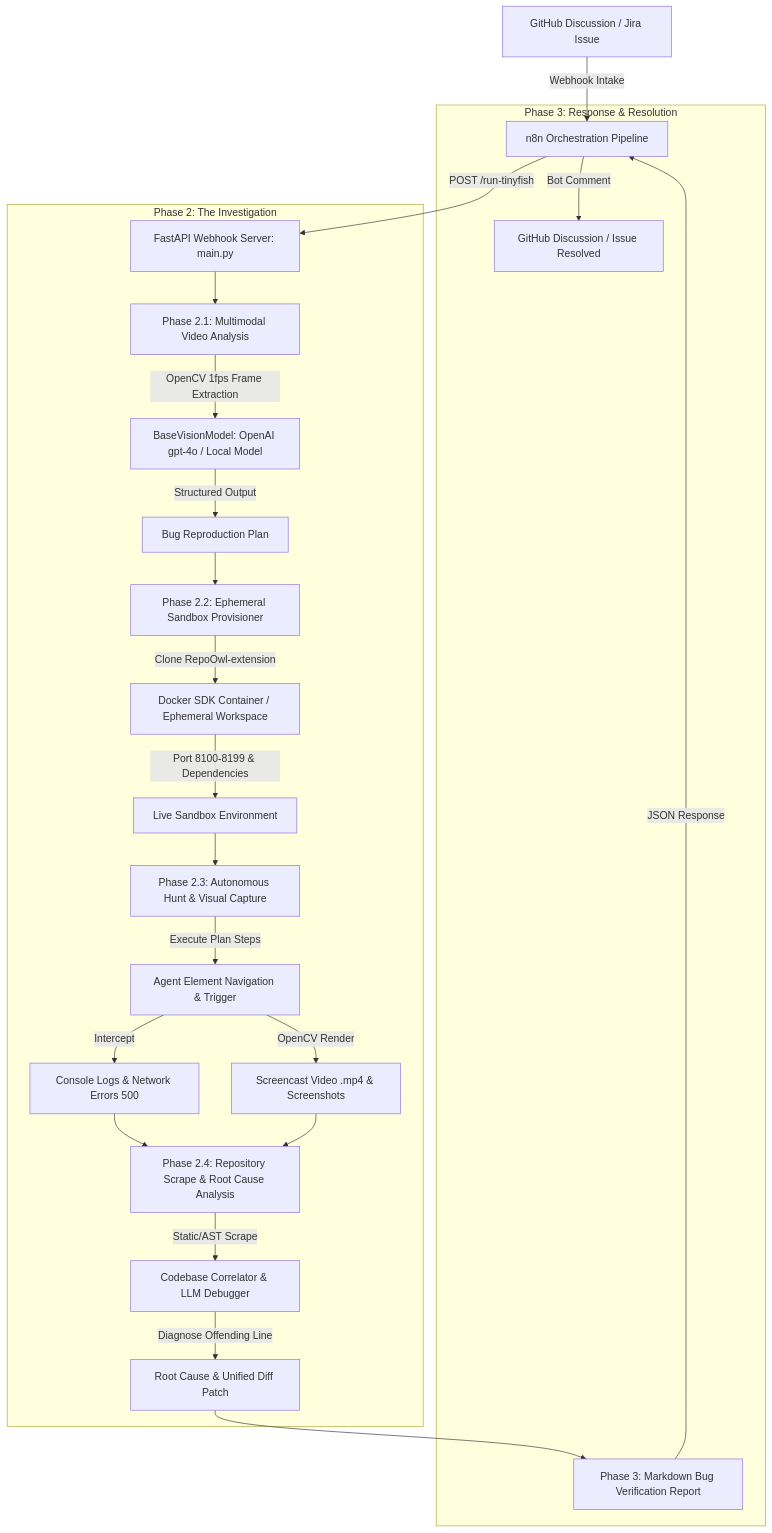
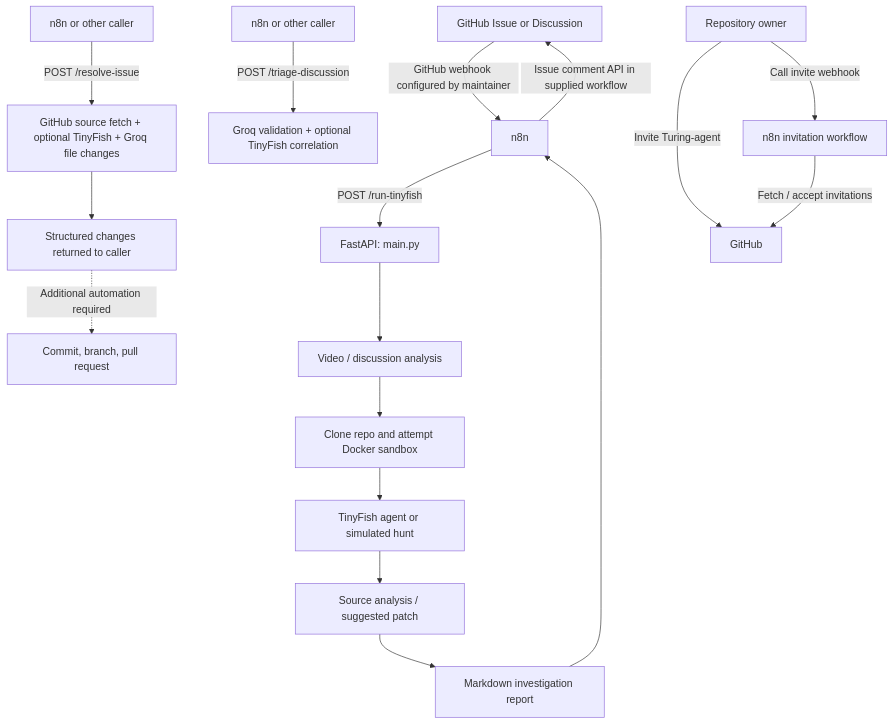
One commit to Turing-agent/Turing-agent changed the diagram in README.md. Above: the diagram before and after it, drawn with Mermaid. The commit also changed other lines of this file, not shown here.

````diff
--- a/README.md
+++ b/README.md
@@ -10,30 +26,21 @@
 ```mermaid
 flowchart TD
-    A[GitHub Discussion / Jira Issue] -->|Webhook Intake| B[n8n Orchestration Pipeline]
-    B -->|POST /run-tinyfish| C[FastAPI Webhook Server: main.py]
+    GH[GitHub Issue or Discussion] -->|GitHub webhook configured by maintainer| N[n8n]
+    N -->|POST /run-tinyfish| I[FastAPI: main.py]
+    I --> V[Video / discussion analysis]
+    V --> S[Clone repo and attempt Docker sandbox]
+    S --> H[TinyFish agent or simulated hunt]
+    H --> A[Source analysis / suggested patch]
+    A --> R[Markdown investigation report]
+    R --> N
+    N -->|Issue comment API in supplied workflow| GH
 
-    subgraph "Phase 2: The Investigation"
-        C --> D[Phase 2.1: Multimodal Video Analysis]
-        D -->|OpenCV 1fps Frame Extraction| D1[BaseVisionModel: OpenAI gpt-4o / Local Model]
-        D1 -->|Structured Output| E[Bug Reproduction Plan]
+    N2[n8n or other caller] -->|POST /triage-discussion| T[Groq validation + optional TinyFish correlation]
+    N3[n8n or other caller] -->|POST /resolve-issue| F[GitHub source fetch + optional TinyFish + Groq file changes]
+    F --> X[Structured changes returned to caller]
+    X -.->|Additional automation required| PR[Commit, branch, pull request]
 
-        E --> F[Phase 2.2: Ephemeral Sandbox Provisioner]
-        F -->|Clone RepoOwl-extension| F1[Docker SDK Container / Ephemeral Workspace]
-        F1 -->|Port 8100-8199 & Dependencies| G[Live Sandbox Environment]
-
-        G --> H[Phase 2.3: Autonomous Hunt & Visual Capture]
-        H -->|Execute Plan Steps| H1[Agent Element Navigation & Trigger]
-        H1 -->|Intercept| H2[Console Logs & Network Errors 500]
-        H1 -->|OpenCV Render| H3[Screencast Video .mp4 & Screenshots]
-
-        H2 & H3 --> I[Phase 2.4: Repository Scrape & Root Cause Analysis]
-        I -->|Static/AST Scrape| I1[Codebase Correlator & LLM Debugger]
-        I1 -->|Diagnose Offending Line| J[Root Cause & Unified Diff Patch]
-    end
-
-    subgraph "Phase 3: Response & Resolution"
-        J --> K[Phase 3: Markdown Bug Verification Report]
-        K -->|JSON Response| B
-        B -->|Bot Comment| L[GitHub Discussion / Issue Resolved]
-    end
+    Owner[Repository owner] -->|Invite Turing-agent| G[GitHub]
+    Owner -->|Call invite webhook| NW[n8n invitation workflow]
+    NW -->|Fetch / accept invitations| G
 ```
````
